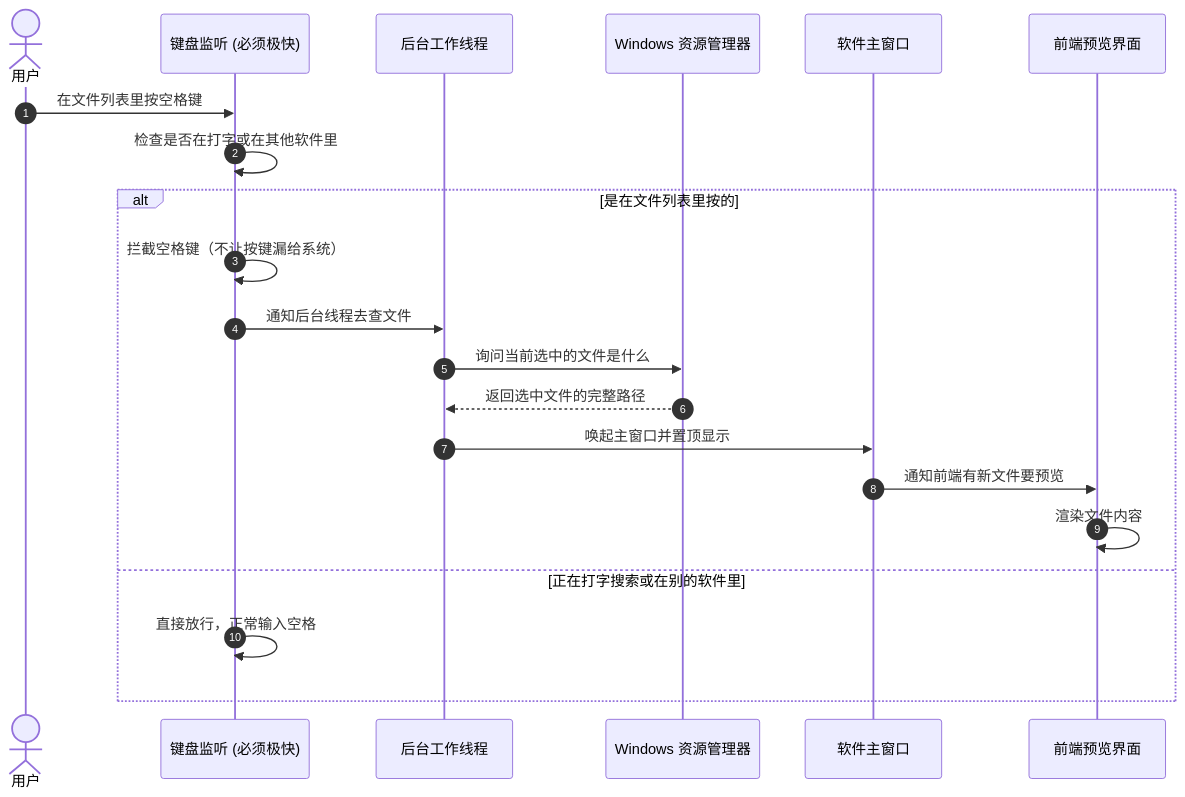
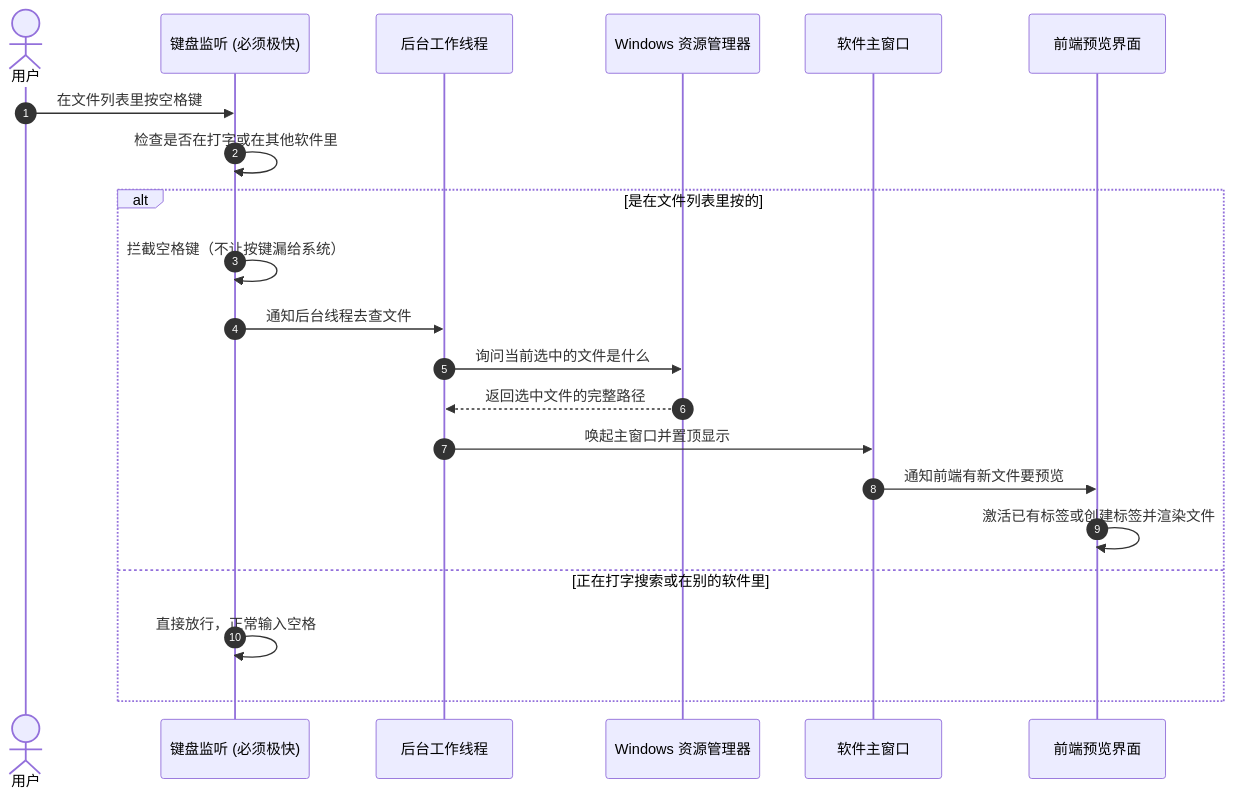
The first of 2 diagrams in docs/design/windows-integration.md (kentxxq/KView), drawn with Mermaid before and after one commit. The commit also changed other lines of this file and 1 other file, not shown here.

````diff
--- a/docs/design/windows-integration.md
+++ b/docs/design/windows-integration.md
@@ -76,24 +77,24 @@
 ```mermaid
 sequenceDiagram
     autonumber
     actor User as 用户
     participant Hook as 键盘监听 (必须极快)
     participant Worker as 后台工作线程
     participant Explorer as Windows 资源管理器
     participant App as 软件主窗口
     participant UI as 前端预览界面
 
     User->>Hook: 在文件列表里按空格键
     Hook->>Hook: 检查是否在打字或在其他软件里
     alt 是在文件列表里按的
         Hook->>Hook: 拦截空格键（不让按键漏给系统）
         Hook->>Worker: 通知后台线程去查文件
         Worker->>Explorer: 询问当前选中的文件是什么
         Explorer-->>Worker: 返回选中文件的完整路径
         Worker->>App: 唤起主窗口并置顶显示
         App->>UI: 通知前端有新文件要预览
-        UI->>UI: 渲染文件内容
+        UI->>UI: 激活已有标签或创建标签并渲染文件
     else 正在打字搜索或在别的软件里
         Hook->>Hook: 直接放行，正常输入空格
     end
 ```
````
